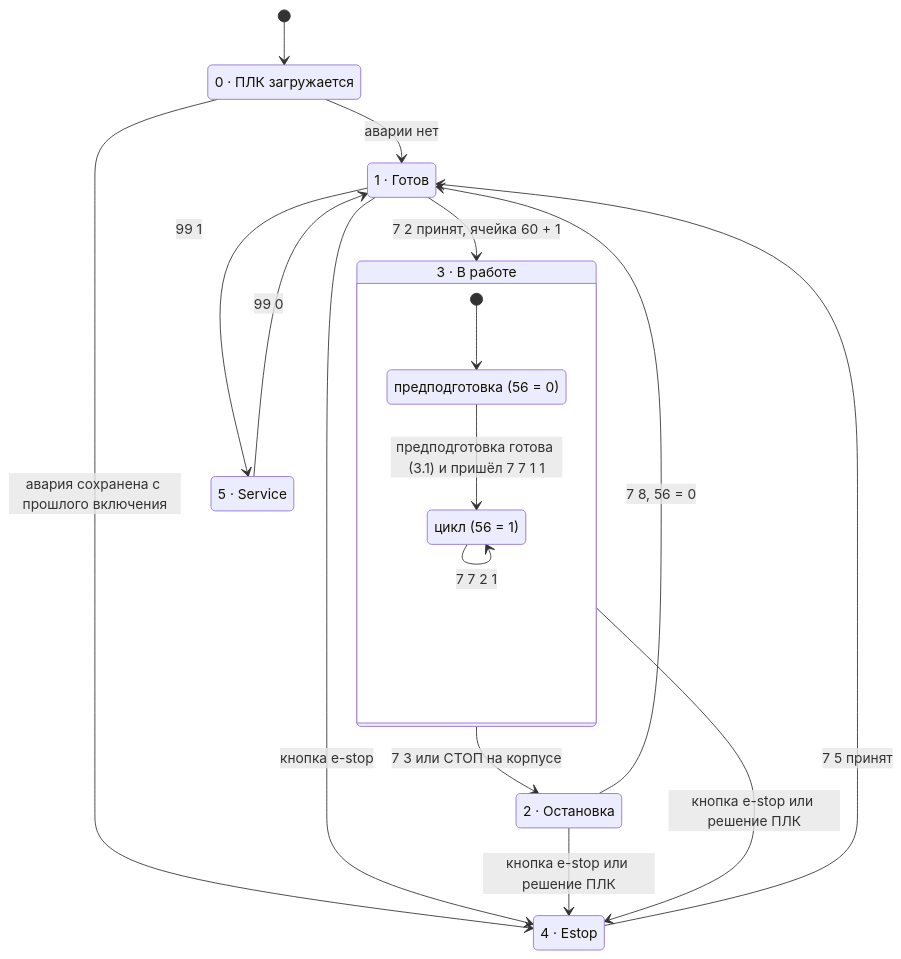
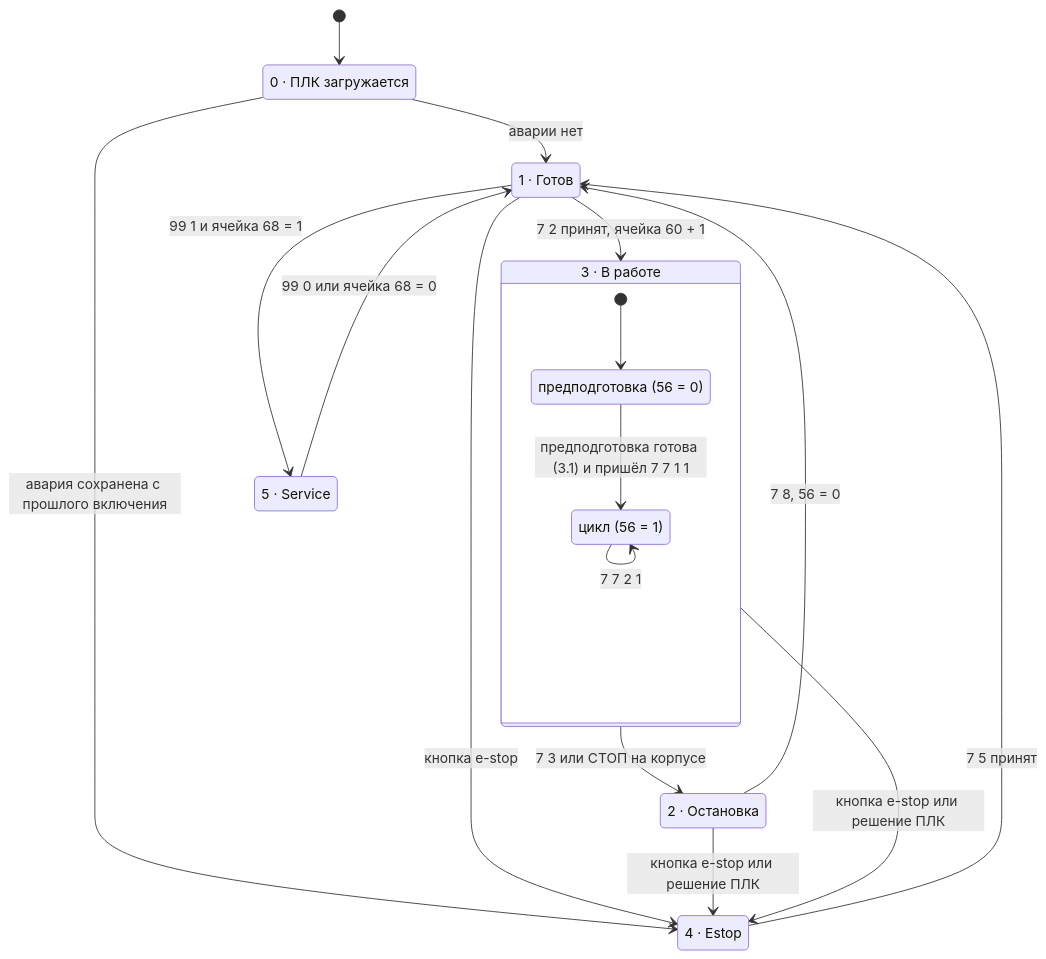
One commit to SoreGame/line-hmi-qt changed the first of 3 diagrams in docs/PLC_PROTOCOL.md. Above: the diagram before and after it, drawn with Mermaid. The commit also changed other lines of this file and 25 other files, not shown here.

````diff
--- a/docs/PLC_PROTOCOL.md
+++ b/docs/PLC_PROTOCOL.md
@@ -206,28 +208,28 @@
 ```mermaid
 stateDiagram-v2
     state "0 · ПЛК загружается" as Boot
     state "1 · Готов" as Ready
     state "3 · В работе" as Run {
         state "предподготовка (56 = 0)" as Prep
         state "цикл (56 = 1)" as Cycle
         [*] --> Prep
         Prep --> Cycle : предподготовка готова (3.1) и пришёл 7 7 1 1
         Cycle --> Cycle : 7 7 2 1
     }
     state "2 · Остановка" as Stopping
     state "4 · Estop" as Estop
     state "5 · Service" as Service
 
     [*] --> Boot
     Boot --> Ready : аварии нет
     Boot --> Estop : авария сохранена с прошлого включения
     Ready --> Run : 7 2 принят, ячейка 60 + 1
     Run --> Stopping : 7 3 или СТОП на корпусе
     Stopping --> Ready : 7 8, 56 = 0
     Ready --> Estop : кнопка e-stop
     Run --> Estop : кнопка e-stop или решение ПЛК
     Stopping --> Estop : кнопка e-stop или решение ПЛК
     Estop --> Ready : 7 5 принят
-    Ready --> Service : 99 1
-    Service --> Ready : 99 0
+    Ready --> Service : 99 1 и ячейка 68 = 1
+    Service --> Ready : 99 0 или ячейка 68 = 0
 ```
````
